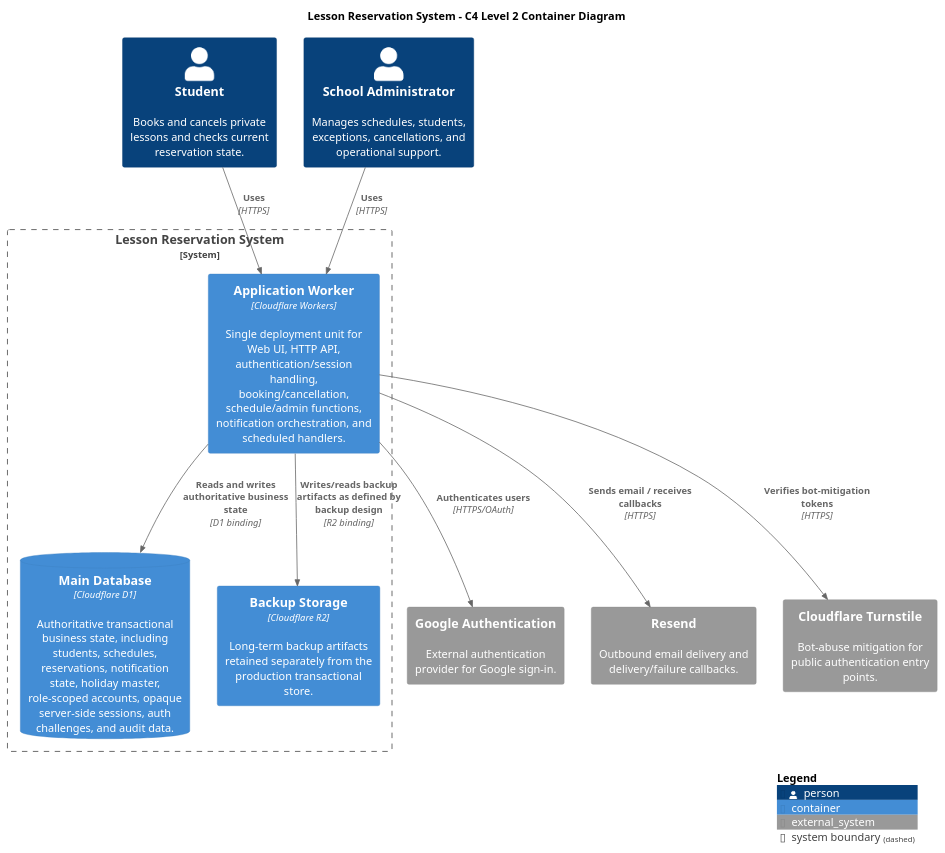
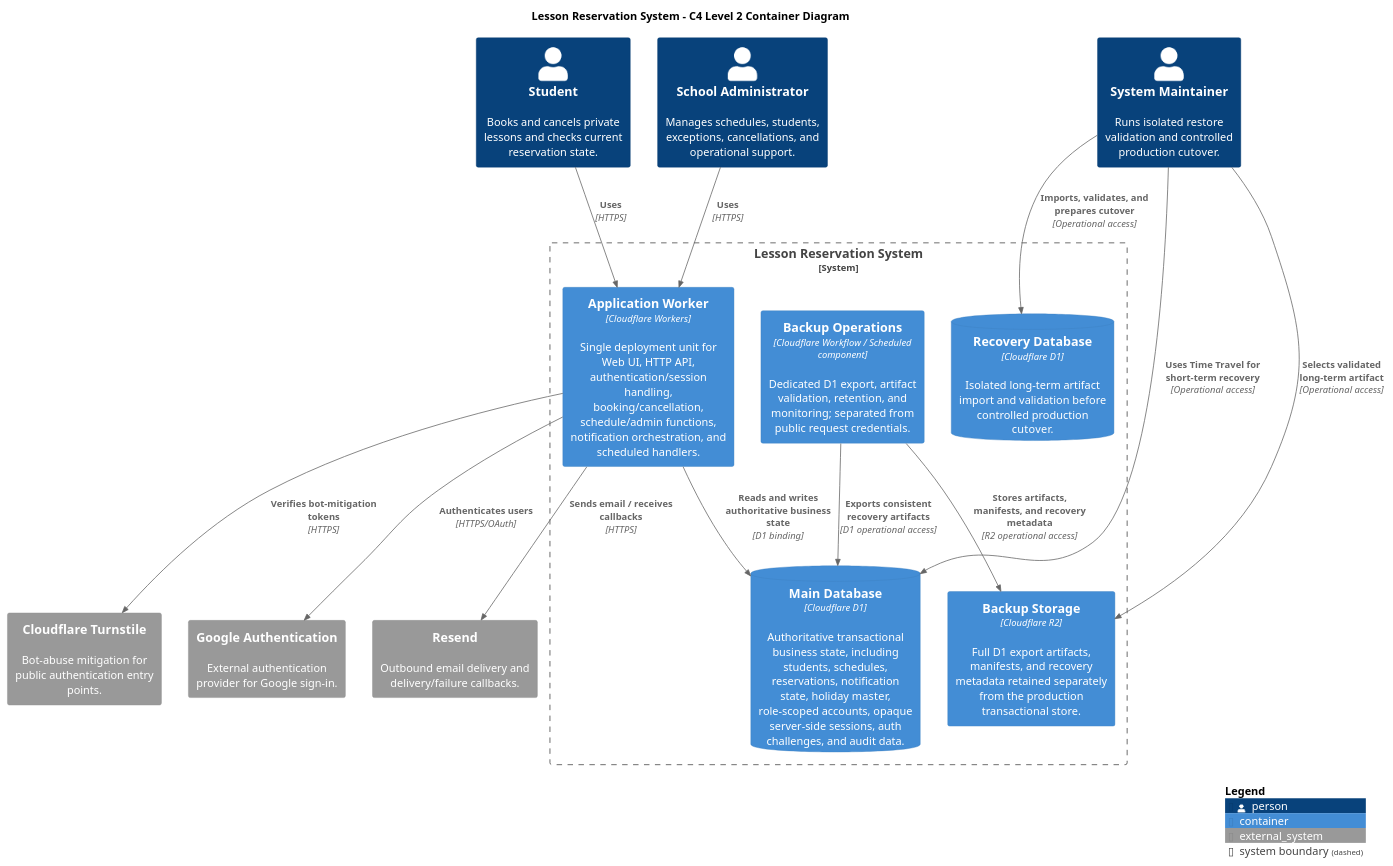
One commit to suzukure/nssscdl changed the diagram in docs/diagrams/plantuml/c4-container.puml. Above: the diagram before and after it, drawn with PlantUML. The commit also changed 6 other files, not shown here.

```diff
--- a/docs/diagrams/plantuml/c4-container.puml
+++ b/docs/diagrams/plantuml/c4-container.puml
@@ -1,30 +1,37 @@
 @startuml
 !include <C4/C4_Container>
 
 LAYOUT_WITH_LEGEND()
 
 title Lesson Reservation System - C4 Level 2 Container Diagram
 
 Person(student, "Student", "Books and cancels private lessons and checks current reservation state.")
 Person(admin, "School Administrator", "Manages schedules, students, exceptions, cancellations, and operational support.")
+Person(operator, "System Maintainer", "Runs isolated restore validation and controlled production cutover.")
 
 System_Boundary(system, "Lesson Reservation System") {
     Container(app, "Application Worker", "Cloudflare Workers", "Single deployment unit for Web UI, HTTP API, authentication/session handling, booking/cancellation, schedule/admin functions, notification orchestration, and scheduled handlers.")
     ContainerDb(db, "Main Database", "Cloudflare D1", "Authoritative transactional business state, including students, schedules, reservations, notification state, holiday master, role-scoped accounts, opaque server-side sessions, auth challenges, and audit data.")
-    Container(backup, "Backup Storage", "Cloudflare R2", "Long-term backup artifacts retained separately from the production transactional store.")
+    ContainerDb(recovery_db, "Recovery Database", "Cloudflare D1", "Isolated long-term artifact import and validation before controlled production cutover.")
+    Container(backup_job, "Backup Operations", "Cloudflare Workflow / Scheduled component", "Dedicated D1 export, artifact validation, retention, and monitoring; separated from public request credentials.")
+    Container(backup, "Backup Storage", "Cloudflare R2", "Full D1 export artifacts, manifests, and recovery metadata retained separately from the production transactional store.")
 }
 
 System_Ext(google, "Google Authentication", "External authentication provider for Google sign-in.")
 System_Ext(resend, "Resend", "Outbound email delivery and delivery/failure callbacks.")
 System_Ext(turnstile, "Cloudflare Turnstile", "Bot-abuse mitigation for public authentication entry points.")
 
 Rel(student, app, "Uses", "HTTPS")
 Rel(admin, app, "Uses", "HTTPS")
+Rel(operator, db, "Uses Time Travel for short-term recovery", "Operational access")
+Rel(operator, backup, "Selects validated long-term artifact", "Operational access")
+Rel(operator, recovery_db, "Imports, validates, and prepares cutover", "Operational access")
 Rel(app, db, "Reads and writes authoritative business state", "D1 binding")
-Rel(app, backup, "Writes/reads backup artifacts as defined by backup design", "R2 binding")
+Rel(backup_job, db, "Exports consistent recovery artifacts", "D1 operational access")
+Rel(backup_job, backup, "Stores artifacts, manifests, and recovery metadata", "R2 operational access")
 Rel(app, google, "Authenticates users", "HTTPS/OAuth")
 Rel(app, resend, "Sends email / receives callbacks", "HTTPS")
 Rel(app, turnstile, "Verifies bot-mitigation tokens", "HTTPS")
 
 SHOW_LEGEND()
 @enduml
```
